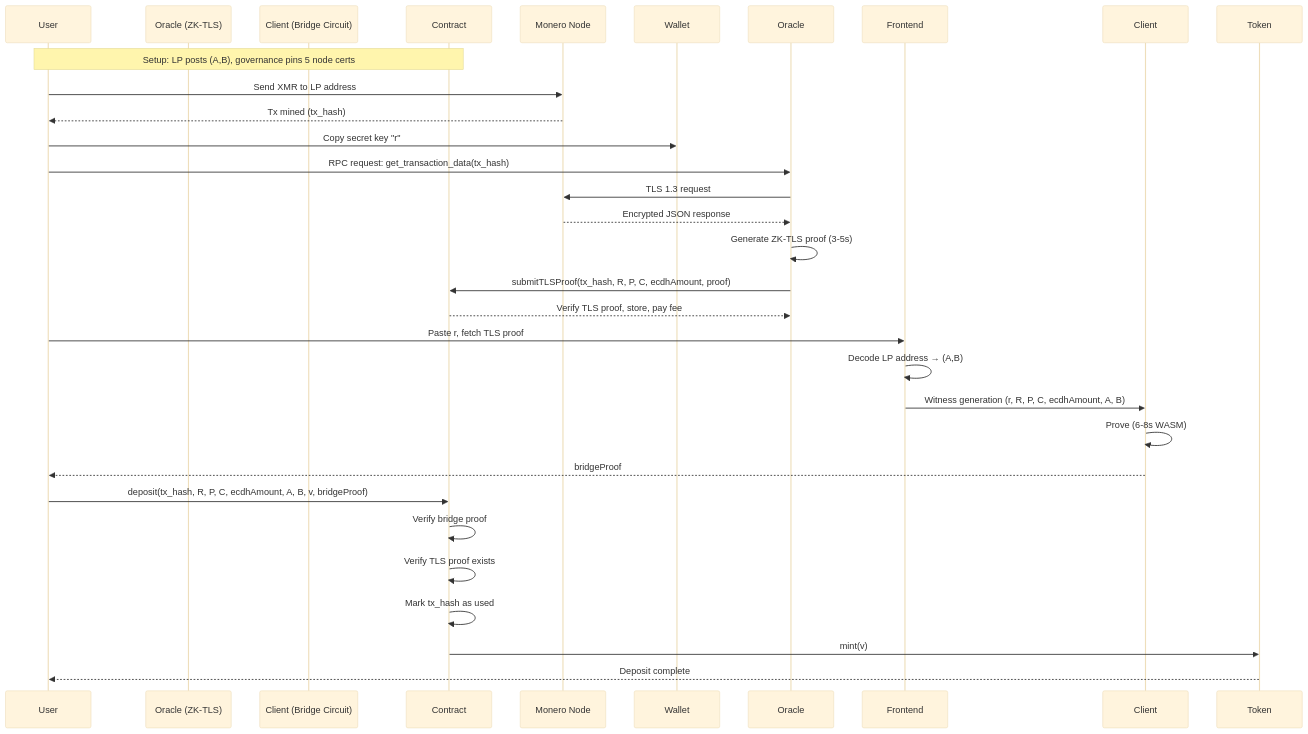
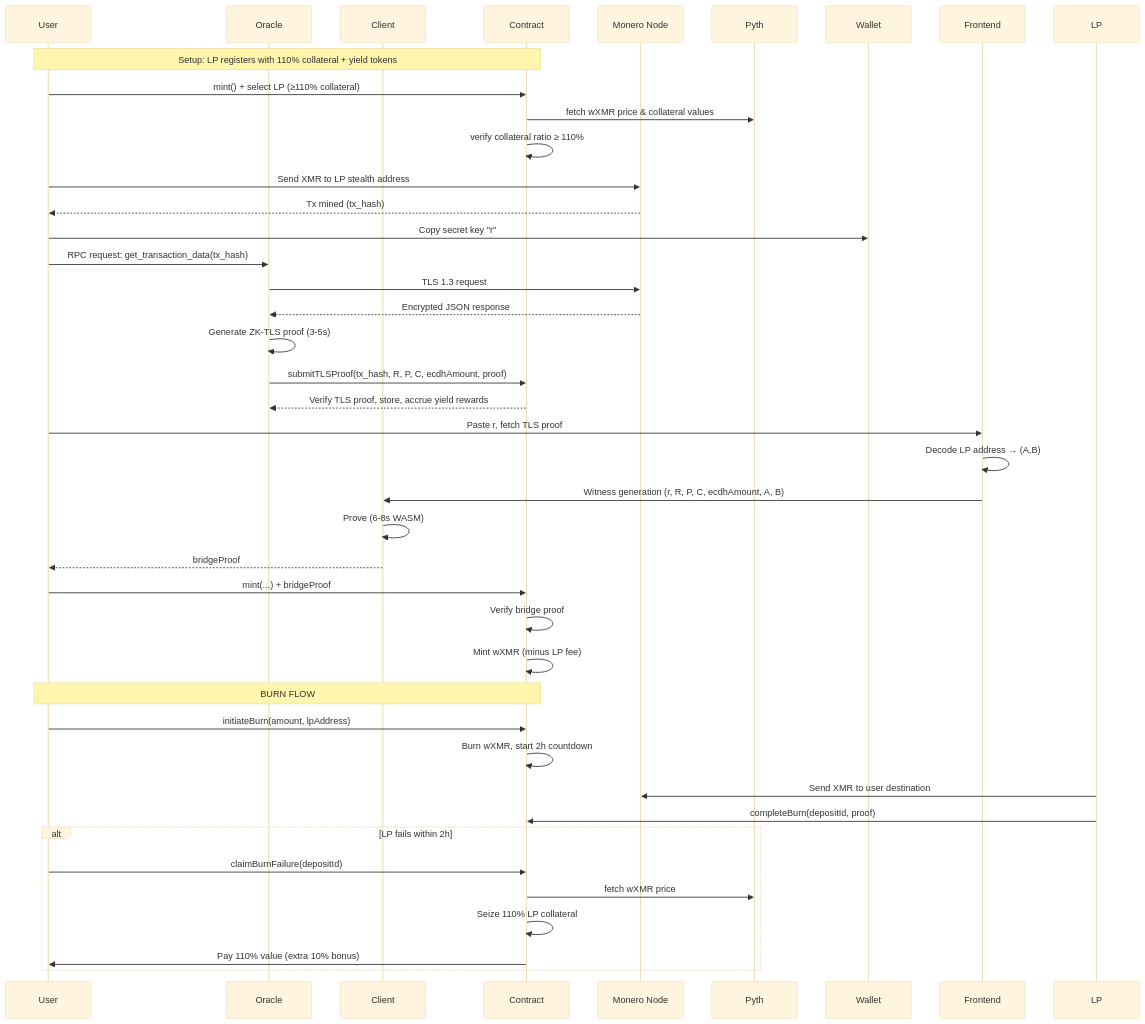
One commit to madschristensen99/fungerbil changed the diagram in SYNTHWRAP.md. Above: the diagram before and after it, drawn with Mermaid (base theme). The commit also changed other lines of this file, not shown here.

````diff
--- a/SYNTHWRAP.md
+++ b/SYNTHWRAP.md
@@ -427,34 +588,49 @@
 ```mermaid
 sequenceDiagram
     participant User
-    participant Oracle (ZK-TLS)
-    participant Client (Bridge Circuit)
+    participant Oracle
+    participant Client
     participant Contract
     participant Monero Node
+    participant Pyth
 
-    Note over User,Contract: Setup: LP posts (A,B), governance pins 5 node certs
+    Note over User,Contract: Setup: LP registers with 110% collateral + yield tokens
     
-    User->>Monero Node: Send XMR to LP address
+    User->>Contract: mint() + select LP (≥110% collateral)
+    Contract->>Pyth: fetch wXMR price & collateral values
+    Contract->>Contract: verify collateral ratio ≥ 110%
+    
+    User->>Monero Node: Send XMR to LP stealth address
     Monero Node-->>User: Tx mined (tx_hash)
     User->>Wallet: Copy secret key "r"
     
     User->>Oracle: RPC request: get_transaction_data(tx_hash)
     Oracle->>Monero Node: TLS 1.3 request
     Monero Node-->>Oracle: Encrypted JSON response
     Oracle->>Oracle: Generate ZK-TLS proof (3-5s)
     Oracle->>Contract: submitTLSProof(tx_hash, R, P, C, ecdhAmount, proof)
-    Contract-->>Oracle: Verify TLS proof, store, pay fee
+    Contract-->>Oracle: Verify TLS proof, store, accrue yield rewards
     
     User->>Frontend: Paste r, fetch TLS proof
     Frontend->>Frontend: Decode LP address → (A,B)
     Frontend->>Client: Witness generation (r, R, P, C, ecdhAmount, A, B)
     Client->>Client: Prove (6-8s WASM)
     Client-->>User: bridgeProof
     
-    User->>Contract: deposit(tx_hash, R, P, C, ecdhAmount, A, B, v, bridgeProof)
+    User->>Contract: mint(...) + bridgeProof
     Contract->>Contract: Verify bridge proof
-    Contract->>Contract: Verify TLS proof exists
-    Contract->>Contract: Mark tx_hash as used
-    Contract->>Token: mint(v)
-    Token-->>User: Deposit complete
+    Contract->>Contract: Mint wXMR (minus LP fee)
+    
+    Note over User,Contract: BURN FLOW
+    
+    User->>Contract: initiateBurn(amount, lpAddress)
+    Contract->>Contract: Burn wXMR, start 2h countdown
+    LP->>Monero Node: Send XMR to user destination
+    LP->>Contract: completeBurn(depositId, proof)
+    alt LP fails within 2h
+        User->>Contract: claimBurnFailure(depositId)
+        Contract->>Pyth: fetch wXMR price
+        Contract->>Contract: Seize 110% LP collateral
+        Contract->>User: Pay 110% value (extra 10% bonus)
+    end
 ```
````
